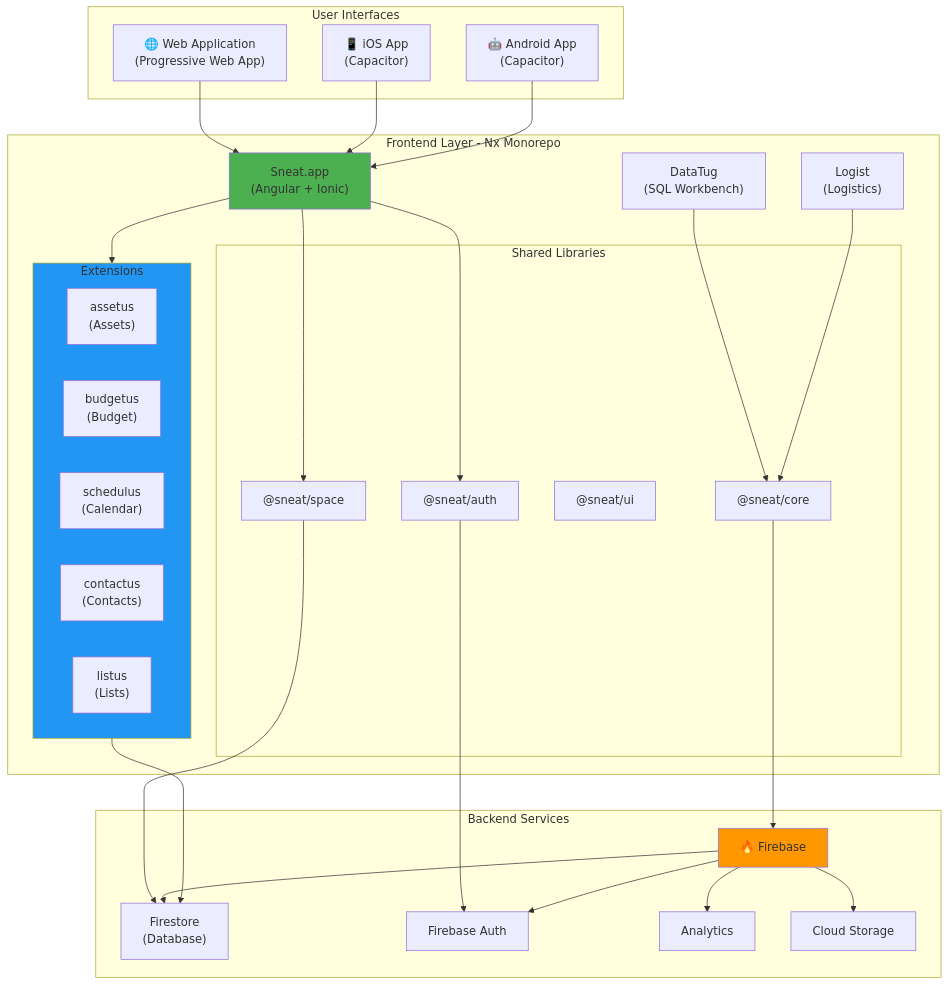
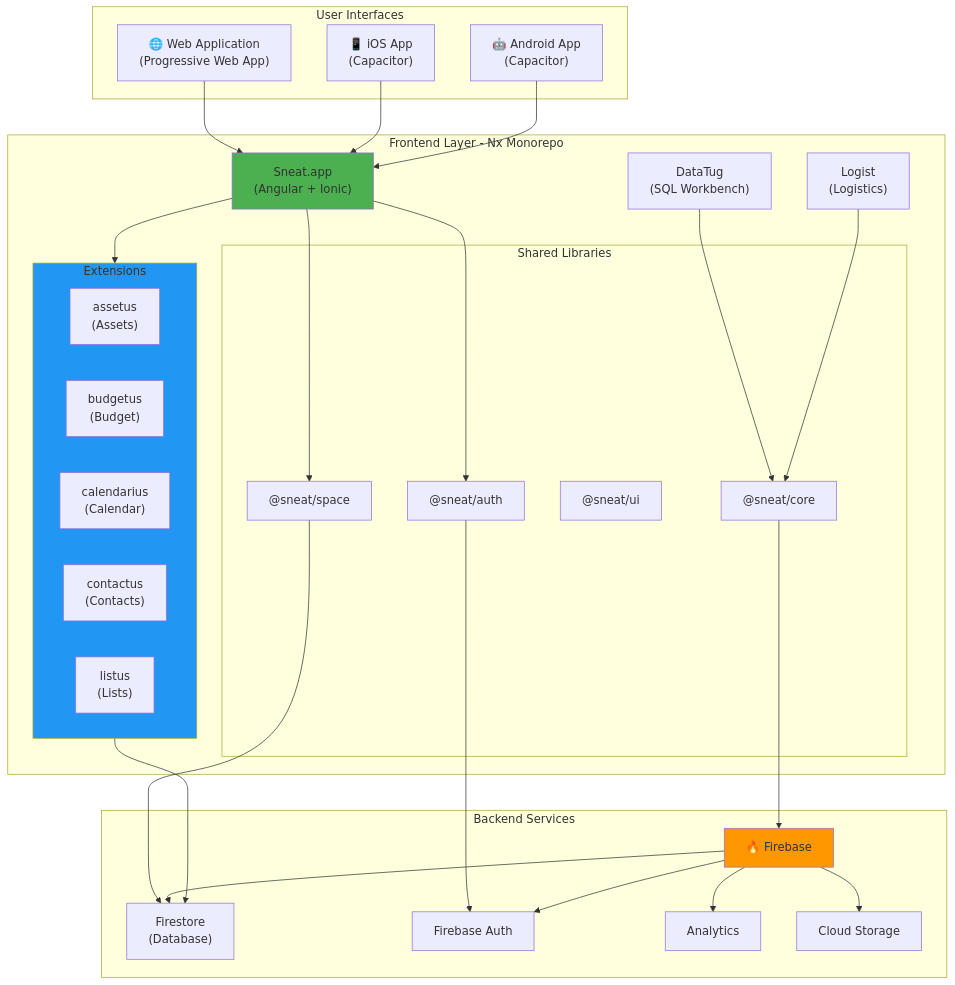
The second of 6 diagrams in docs/ARCHITECTURE.md (sneat-co/sneat-apps), drawn with Mermaid before and after one commit. The commit also changed other lines of this file and 34 other files, not shown here.

First line of the commit message:
refactor(calendarius): repoint app wiring from schedulus -> calendarius (#3416)

````diff
--- a/docs/ARCHITECTURE.md
+++ b/docs/ARCHITECTURE.md
@@ -135,61 +135,61 @@
 ```mermaid
 graph TB
     subgraph "User Interfaces"
         WebApp["🌐 Web Application<br/>(Progressive Web App)"]
         iOS["📱 iOS App<br/>(Capacitor)"]
         Android["🤖 Android App<br/>(Capacitor)"]
     end
 
     subgraph "Frontend Layer - Nx Monorepo"
         SneatApp["Sneat.app<br/>(Angular + Ionic)"]
         DataTug["DataTug<br/>(SQL Workbench)"]
         Logist["Logist<br/>(Logistics)"]
 
         subgraph "Shared Libraries"
             Auth["@sneat/auth"]
             Space["@sneat/space"]
             UI["@sneat/ui"]
             Core["@sneat/core"]
         end
 
         subgraph "Extensions"
             Assetus["assetus<br/>(Assets)"]
             Budgetus["budgetus<br/>(Budget)"]
-            Schedulus["schedulus<br/>(Calendar)"]
+            Calendarius["calendarius<br/>(Calendar)"]
             Contactus["contactus<br/>(Contacts)"]
             Listus["listus<br/>(Lists)"]
         end
     end
 
     subgraph "Backend Services"
         Firebase["🔥 Firebase"]
         Firestore["Firestore<br/>(Database)"]
         FireAuth["Firebase Auth"]
         Analytics["Analytics"]
         Storage["Cloud Storage"]
     end
 
     WebApp --> SneatApp
     iOS --> SneatApp
     Android --> SneatApp
 
     SneatApp --> Auth
     SneatApp --> Space
     SneatApp --> Extensions
     DataTug --> Core
     Logist --> Core
 
     Auth --> FireAuth
     Space --> Firestore
     Extensions --> Firestore
     Core --> Firebase
 
     Firebase --> Firestore
     Firebase --> FireAuth
     Firebase --> Analytics
     Firebase --> Storage
 
     style SneatApp fill:#4CAF50
     style Extensions fill:#2196F3
     style Firebase fill:#FF9800
 ```
````
